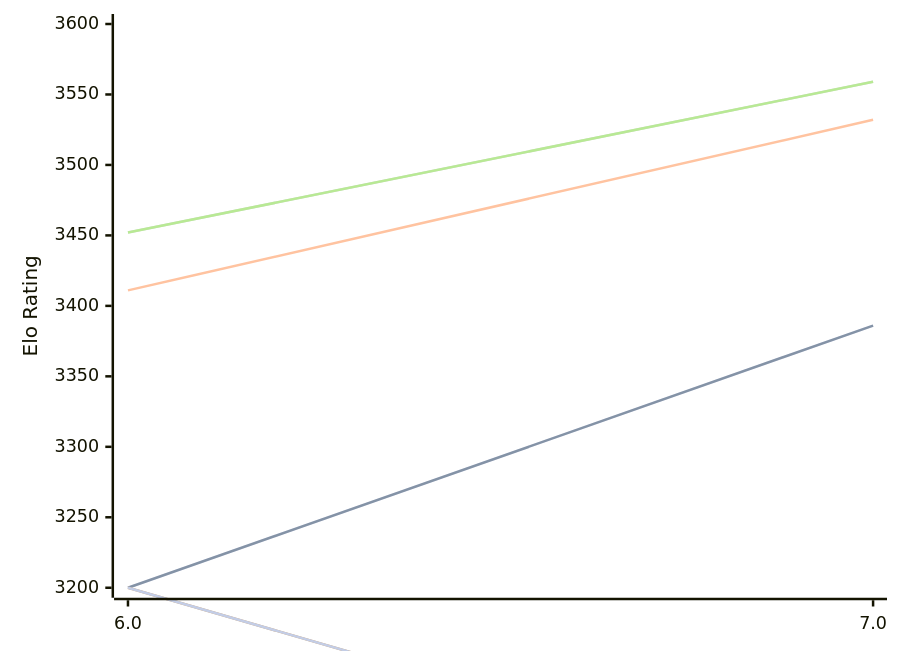
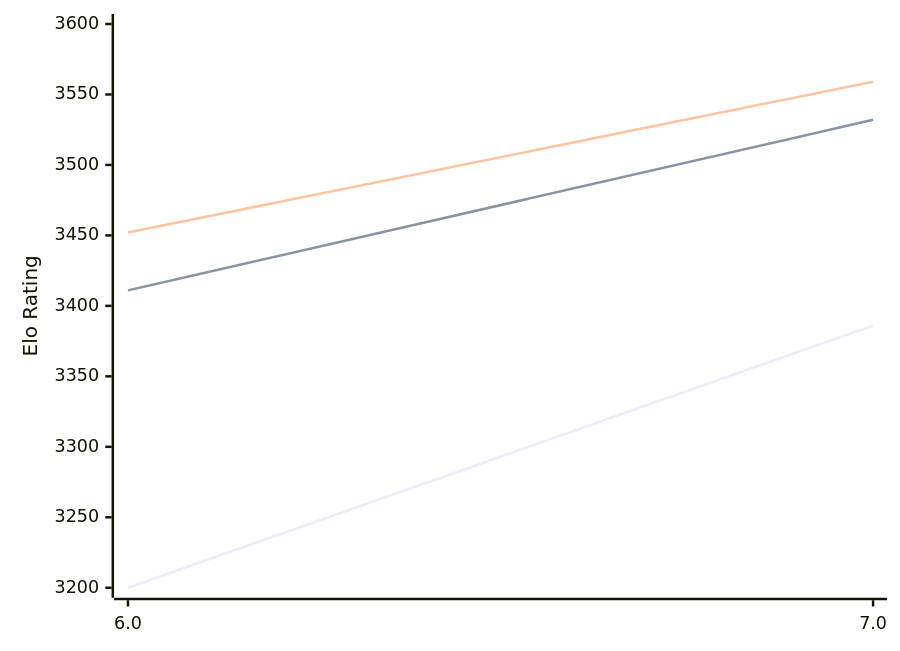
The diagram in engines/Devre.md (computer-chess-index/cci), drawn with Mermaid before and after one commit. The commit also changed other lines of this file, not shown here.

````diff
--- a/engines/Devre.md
+++ b/engines/Devre.md
@@ -48,13 +48,9 @@
 ```mermaid
 %%{init: {"theme":"base","themeVariables":{"seriesColors:['#a3a3a3','#222221','#faa371']}}}%%
 xychart-beta
   x-axis ["6.0", "7.0"]
   y-axis "Elo Rating" 3200 --> 3600
-  line "" [3200, 3386]
   line "T1: STC (8.0+0.08s)" [3200, 3386]
   line "T1: LTC (60.0+0.60s)" [3411, 3532]
-  line "" [3452, 3559]
   line "T1: VLTC (2m24s+1.12s)" [3452, 3559]
-  line "" [3200,3047]
-  line "E1: STC (8.0+0.08s)" [3200,3047]
 ```
````
